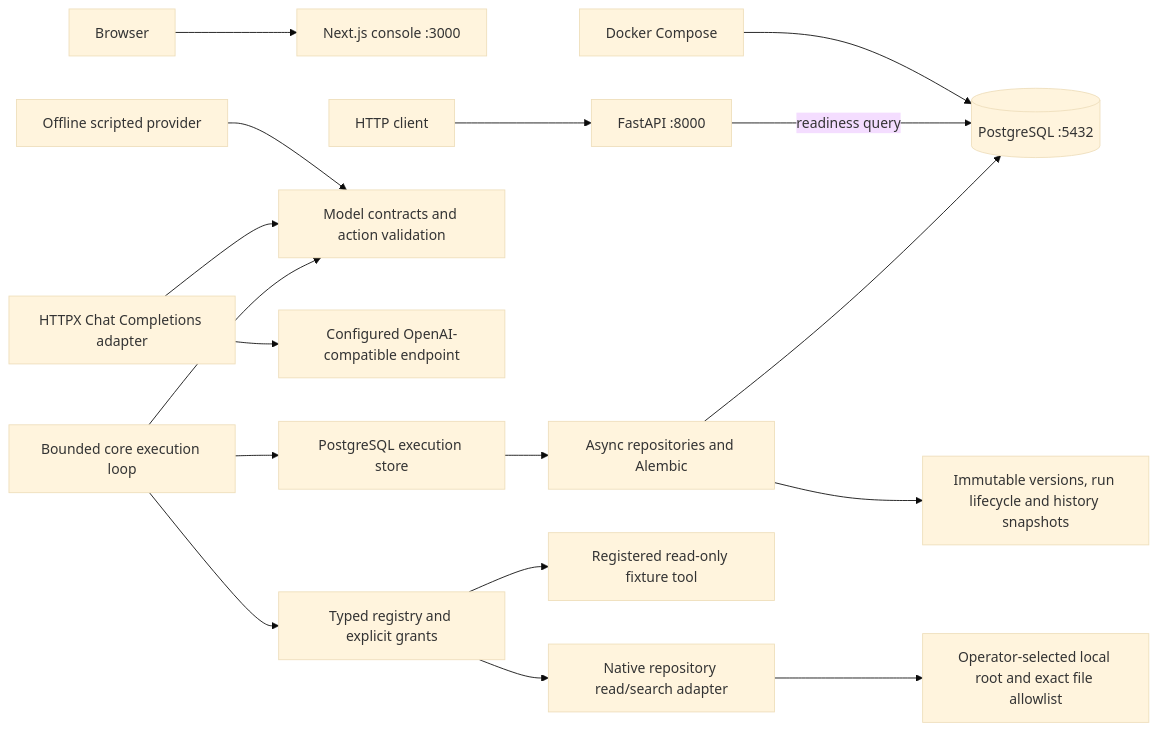
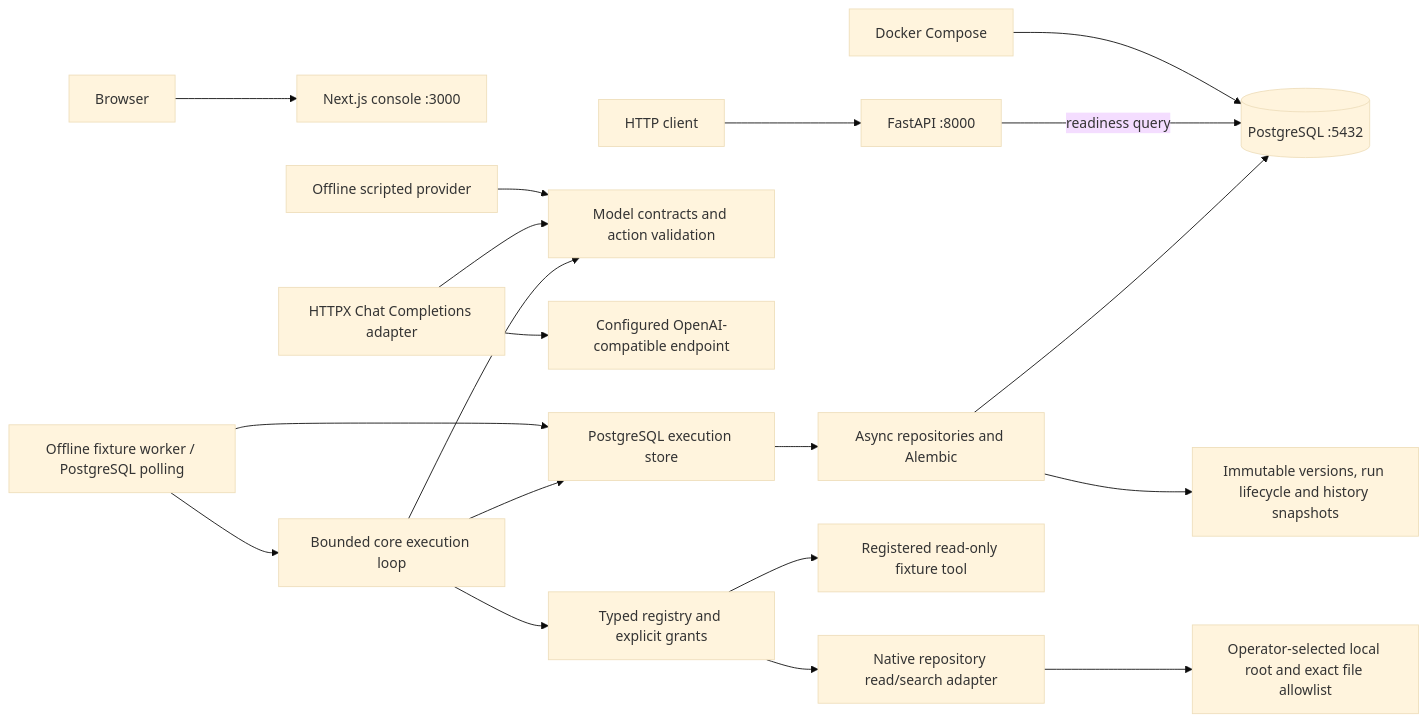
Before and after one commit to TaoM29/runveil: the first of 2 diagrams in ARCHITECTURE.md, drawn with Mermaid (base theme). The commit also changed other lines of this file and 2 other files, not shown here.

Commit message:
docs: update Runveil architecture and project roadmap

````diff
--- a/ARCHITECTURE.md
+++ b/ARCHITECTURE.md
@@ -5,19 +5,21 @@
 ```mermaid
 flowchart LR
     Browser --> Web[Next.js console :3000]
     Client[HTTP client] --> API[FastAPI :8000]
     Compose[Docker Compose] --> PG[(PostgreSQL :5432)]
     API -->|readiness query| PG
     Persistence[Async repositories and Alembic] --> PG
     Persistence --> Domain[Immutable versions, run lifecycle and history snapshots]
     Scripted[Offline scripted provider] --> Contracts[Model contracts and action validation]
     Hosted[HTTPX Chat Completions adapter] --> Contracts
     Hosted --> Endpoint[Configured OpenAI-compatible endpoint]
+    Worker[Offline fixture worker / PostgreSQL polling] --> Runtime
+    Worker --> Store
     Runtime[Bounded core execution loop] --> Contracts
     Runtime --> Store[PostgreSQL execution store]
     Store --> Persistence
     Runtime --> Tools[Typed registry and explicit grants]
     Tools --> Fixture[Registered read-only fixture tool]
     Tools --> Repository[Native repository read/search adapter]
     Repository --> Checkout[Operator-selected local root and exact file allowlist]
 ```
````
